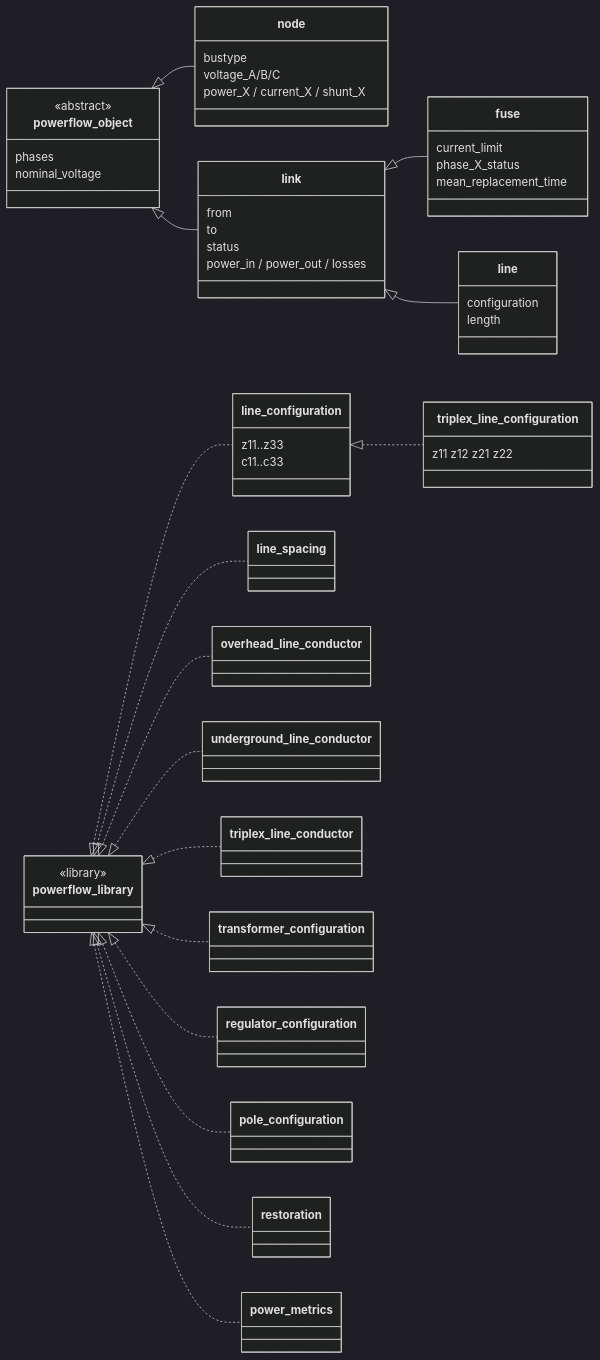
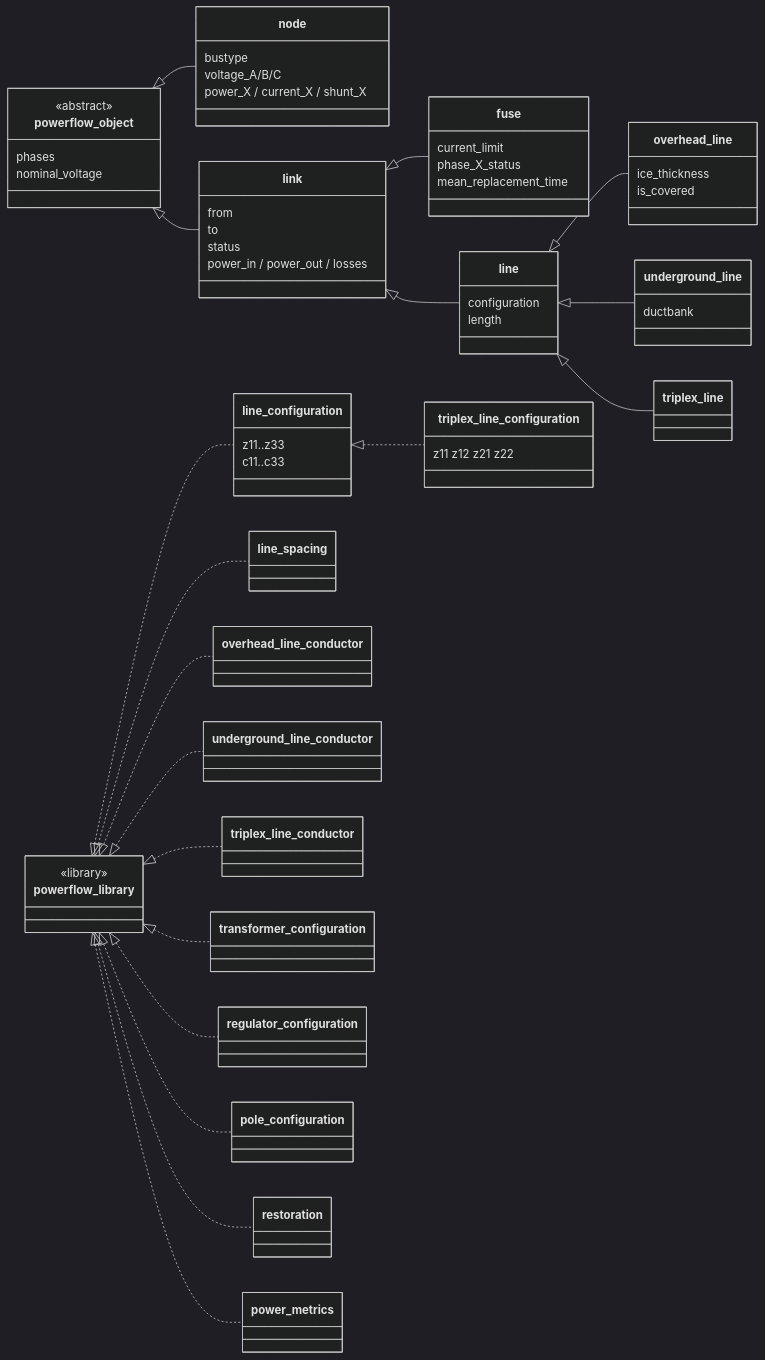
Before and after one commit to arras-energy/arras: the diagram in src/powerflow/README.md, drawn with Mermaid (dark theme). The commit also changed other lines of this file and 12 other files, not shown here.

First line of the commit message:
Add overhead_line, underground_line, and triplex_line classes (#58)

````diff
--- a/src/powerflow/README.md
+++ b/src/powerflow/README.md
@@ -9,54 +9,65 @@
 ```mermaid
 classDiagram
     direction LR
     class powerflow_object {
         <<abstract>>
         phases
         nominal_voltage
     }
     class node {
         bustype
         voltage_A/B/C
         power_X / current_X / shunt_X
     }
     class link_["link"] {
         from
         to
         status
         power_in / power_out / losses
     }
     class fuse {
         current_limit
         phase_X_status
         mean_replacement_time
     }
     class line {
         configuration
         length
     }
+    class overhead_line {
+        ice_thickness
+        is_covered
+    }
+    class underground_line {
+        ductbank
+    }
+    class triplex_line
     class powerflow_library {
         <<library>>
     }
     class line_configuration {
         z11..z33
         c11..c33
     }
     class triplex_line_configuration {
         z11 z12 z21 z22
     }
     powerflow_object <|-- node
     powerflow_object <|-- link_
     link_ <|-- fuse
     link_ <|-- line
+    line <|-- overhead_line
+    line <|-- underground_line
+    line <|-- triplex_line
     powerflow_library <|.. line_spacing
     powerflow_library <|.. overhead_line_conductor
     powerflow_library <|.. underground_line_conductor
     powerflow_library <|.. triplex_line_conductor
     powerflow_library <|.. line_configuration
     line_configuration <|.. triplex_line_configuration
     powerflow_library <|.. transformer_configuration
     powerflow_library <|.. regulator_configuration
     powerflow_library <|.. pole_configuration
     powerflow_library <|.. restoration
     powerflow_library <|.. power_metrics
 ```
````
